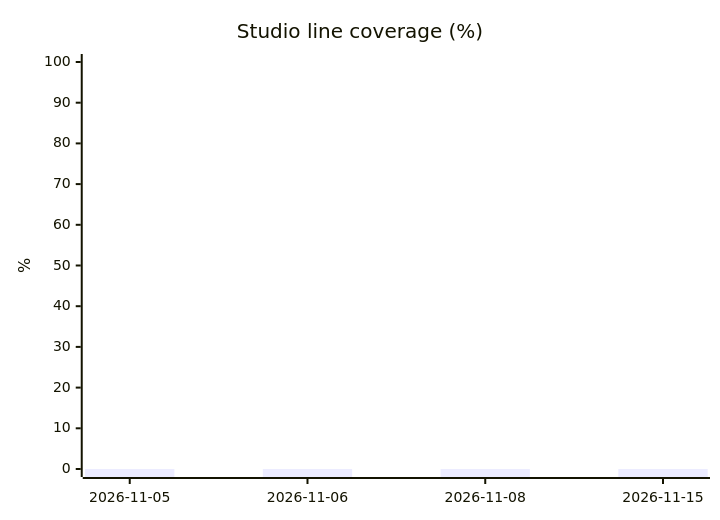
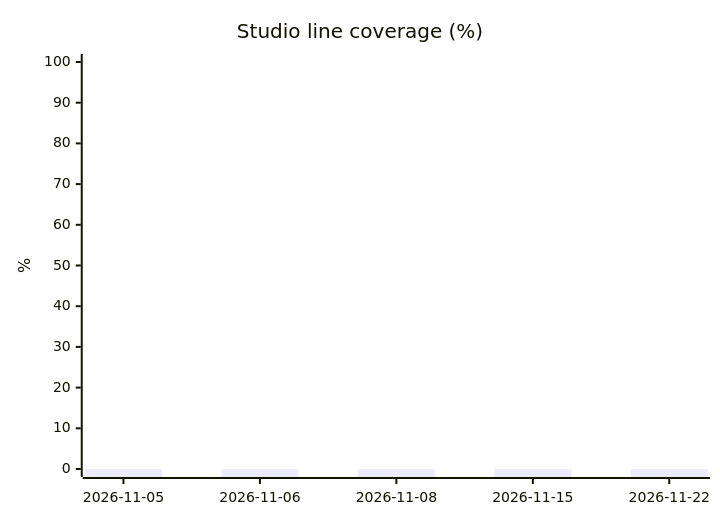
The second of 3 diagrams in README.md (SCIInstitute/ShapeWorks), drawn with Mermaid before and after one commit. The commit also changed other lines of this file and 1 other file, not shown here.

````diff
--- a/README.md
+++ b/README.md
@@ -23,7 +23,7 @@
 ```mermaid
 xychart-beta
     title "Studio line coverage (%)"
-    x-axis ["2026-11-05", "2026-11-06", "2026-11-08", "2026-11-15"]
+    x-axis ["2026-11-05", "2026-11-06", "2026-11-08", "2026-11-15", "2026-11-22"]
     y-axis "%" 0 --> 100
-    bar [0.0, 0.0, 0.0, 0.0]
+    bar [0.0, 0.0, 0.0, 0.0, 0.0]
 ```
````
